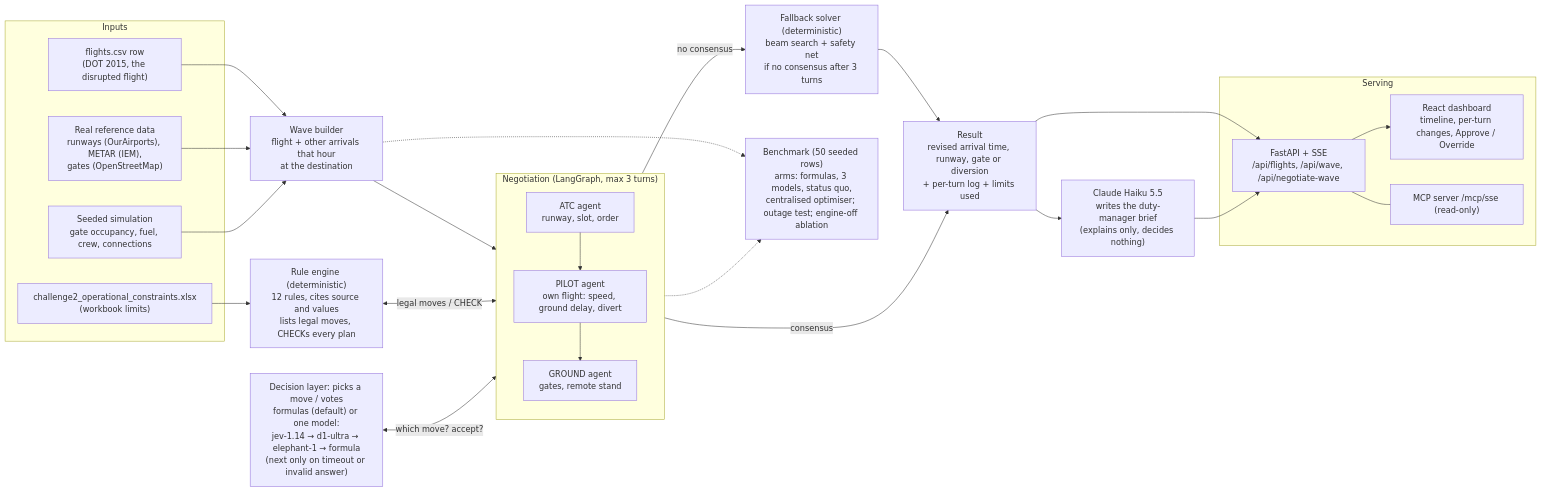
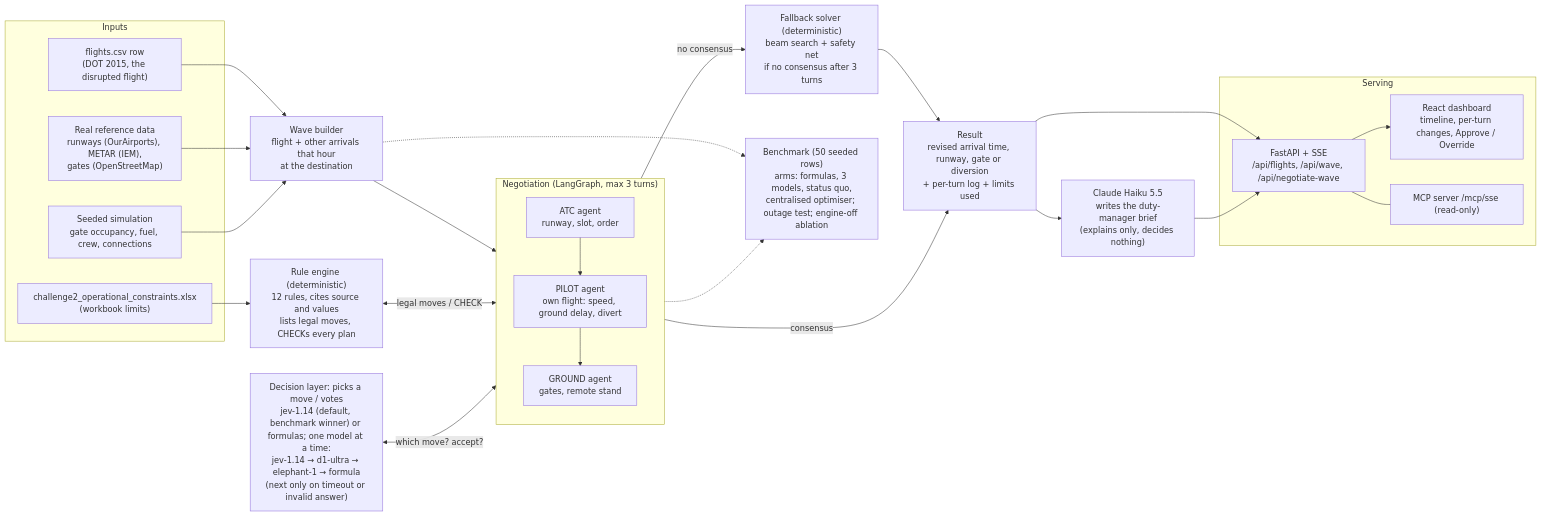
One commit to zhihaohong52/autonomous_sg changed the first of 2 diagrams in README.md. Above: the diagram before and after it, drawn with Mermaid. The commit also changed other lines of this file and 16 other files, not shown here.

First line of the commit message:
Decision models offered only formula-legal moves (no unjustified pilot diversion): jev-1.14 now matches formulas (98% consensus, 351.7 min, 1.4 min from optimiser) and wins selection; taxi-in assumption in LIMITS; brief on non-streaming API; replays and samples re-recorded; README results

````diff
--- a/README.md
+++ b/README.md
@@ -43,50 +43,50 @@
 ```mermaid
 flowchart LR
   subgraph DATA["Inputs"]
     F["flights.csv row<br/>(DOT 2015, the disrupted flight)"]
     WB["challenge2_operational_constraints.xlsx<br/>(workbook limits)"]
     REF["Real reference data<br/>runways (OurAirports), METAR (IEM),<br/>gates (OpenStreetMap)"]
     SIM["Seeded simulation<br/>gate occupancy, fuel, crew, connections"]
   end
 
   BUILD["Wave builder<br/>flight + other arrivals that hour<br/>at the destination"]
   F --> BUILD
   REF --> BUILD
   SIM --> BUILD
 
   subgraph NEG["Negotiation (LangGraph, max 3 turns)"]
     direction TB
     ATC["ATC agent<br/>runway, slot, order"]
     PIL["PILOT agent<br/>own flight: speed, ground delay, divert"]
     GND["GROUND agent<br/>gates, remote stand"]
     ATC --> PIL --> GND
   end
 
   ENGINE["Rule engine (deterministic)<br/>12 rules, cites source and values<br/>lists legal moves, CHECKs every plan"]
-  DEC["Decision layer: picks a move / votes<br/>formulas (default) or one model:<br/>jev-1.14 → d1-ultra → elephant-1 → formula<br/>(next only on timeout or invalid answer)"]
+  DEC["Decision layer: picks a move / votes<br/>jev-1.14 (default, benchmark winner) or formulas; one model at a time:<br/>jev-1.14 → d1-ultra → elephant-1 → formula<br/>(next only on timeout or invalid answer)"]
   FB["Fallback solver (deterministic)<br/>beam search + safety net<br/>if no consensus after 3 turns"]
   NAR["Claude Haiku 5.5<br/>writes the duty-manager brief<br/>(explains only, decides nothing)"]
 
   BUILD --> NEG
   WB --> ENGINE
   ENGINE <-->|"legal moves / CHECK"| NEG
   DEC <-->|"which move? accept?"| NEG
   NEG -->|"no consensus"| FB
   FB --> OUT
   NEG -->|"consensus"| OUT
   OUT["Result<br/>revised arrival time, runway, gate or diversion<br/>+ per-turn log + limits used"]
   OUT --> NAR
 
   subgraph SERVE["Serving"]
     API["FastAPI + SSE<br/>/api/flights, /api/wave, /api/negotiate-wave"]
     UI["React dashboard<br/>timeline, per-turn changes, Approve / Override"]
     MCP["MCP server /mcp/sse (read-only)"]
   end
   OUT --> API --> UI
   NAR --> API
   API --- MCP
 
   BENCH["Benchmark (50 seeded rows)<br/>arms: formulas, 3 models, status quo,<br/>centralised optimiser; outage test; engine-off ablation"]
   BUILD -.-> BENCH
   NEG -.-> BENCH
 ```
````
